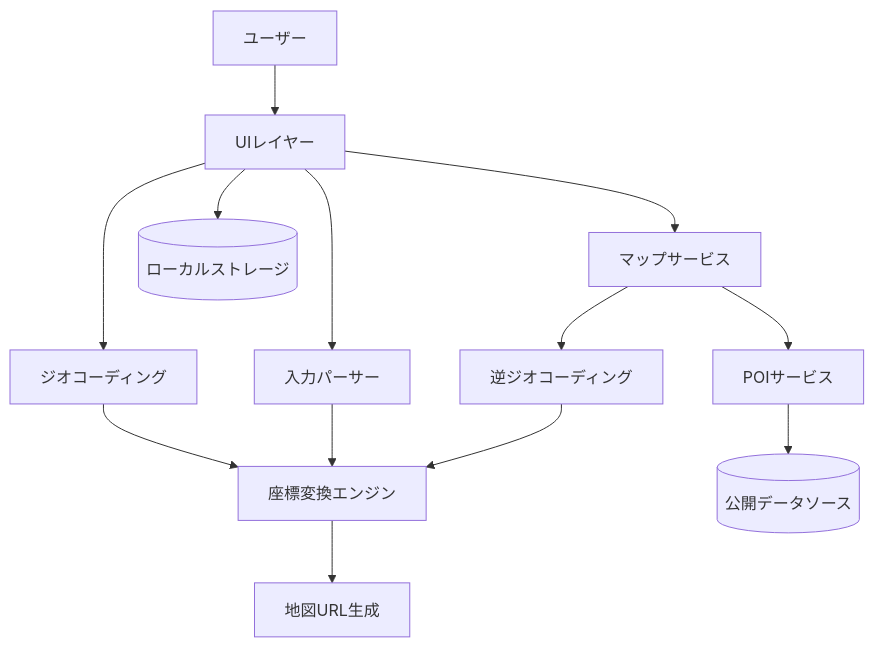
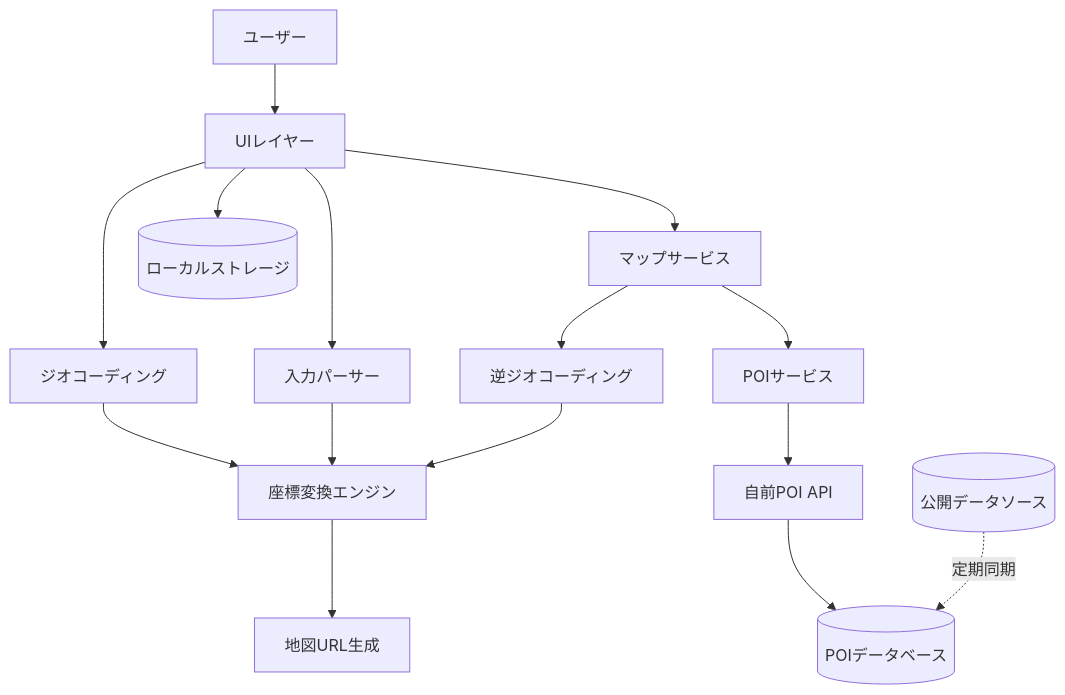
One commit to oyaakihisa/ichi-link changed the first of 10 diagrams in docs/functional-design.md. Above: the diagram before and after it, drawn with Mermaid. The commit also changed other lines of this file and 4 other files, not shown here.

````diff
--- a/docs/functional-design.md
+++ b/docs/functional-design.md
@@ -5,27 +5,31 @@
 ```mermaid
 graph TB
     User[ユーザー]
     UI[UIレイヤー]
     InputParser[入力パーサー]
     GeocodingService[ジオコーディング]
     ReverseGeocodingService[逆ジオコーディング]
     CoordinateConverter[座標変換エンジン]
     MapUrlGenerator[地図URL生成]
     MapService[マップサービス]
     POIService[POIサービス]
     LocalStorage[(ローカルストレージ)]
-    POIDataSource[(公開データソース)]
+    POIAPI[自前POI API]
+    POIDB[(POIデータベース)]
+    PublicDataSource[(公開データソース)]
 
     User --> UI
     UI --> InputParser
     UI --> GeocodingService
     UI --> MapService
     MapService --> ReverseGeocodingService
     MapService --> POIService
-    POIService --> POIDataSource
+    POIService --> POIAPI
+    POIAPI --> POIDB
+    PublicDataSource -.->|定期同期| POIDB
     GeocodingService --> CoordinateConverter
     InputParser --> CoordinateConverter
     CoordinateConverter --> MapUrlGenerator
     ReverseGeocodingService --> CoordinateConverter
     UI --> LocalStorage
 ```
````
